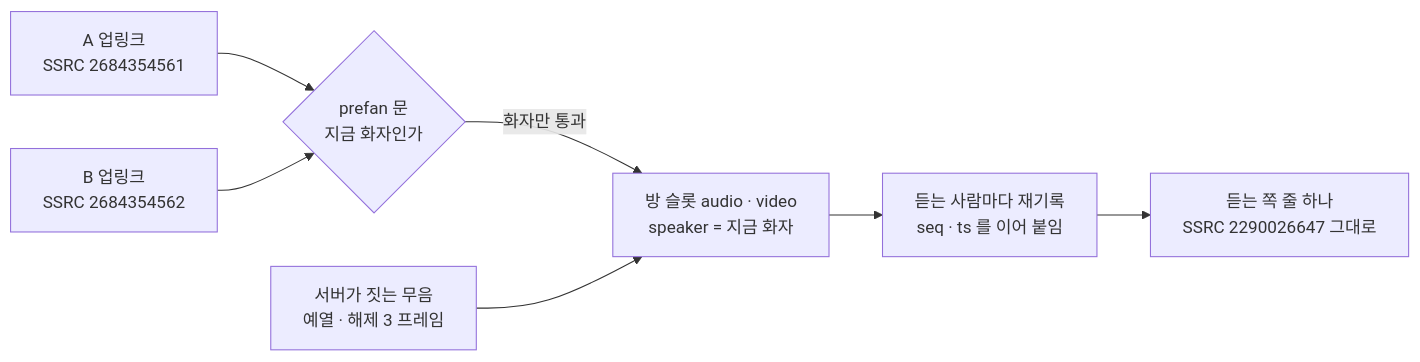
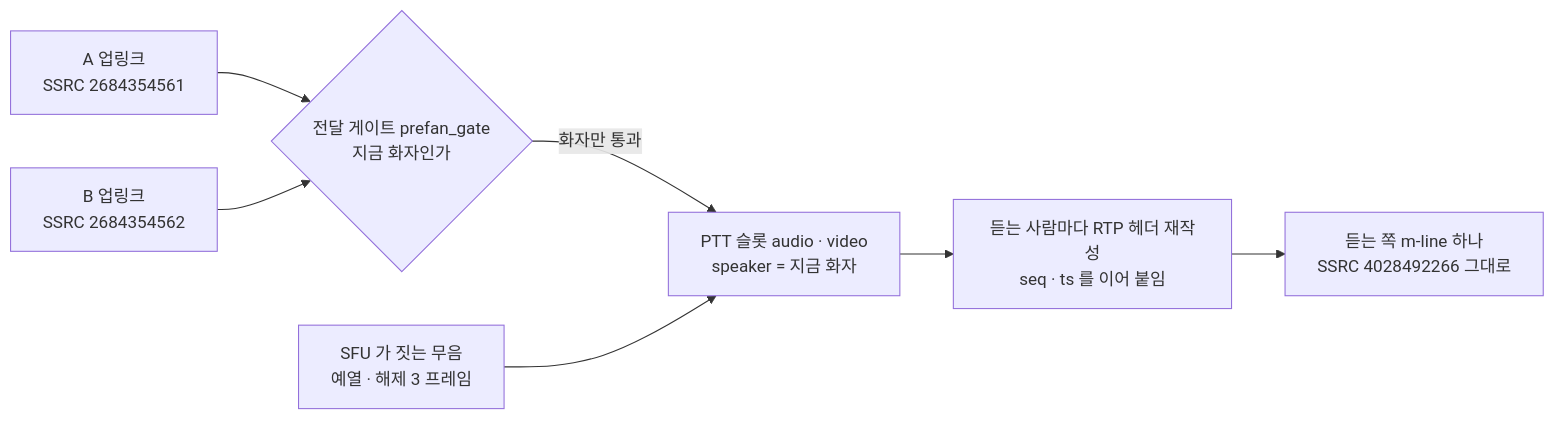
One commit to kodeholic9/oxlens-sfu changed the first of 4 diagrams in docs/learn/08_SLOT_SPEAKER.md. Above: the diagram before and after it, drawn with Mermaid. The commit also changed other lines of this file and 19 other files, not shown here.

````diff
--- a/docs/learn/08_SLOT_SPEAKER.md
+++ b/docs/learn/08_SLOT_SPEAKER.md
@@ -9,9 +9,9 @@
 ```mermaid
 flowchart LR
-  A["A 업링크<br/>SSRC 2684354561"] --> G{"prefan 문<br/>지금 화자인가"}
+  A["A 업링크<br/>SSRC 2684354561"] --> G{"전달 게이트 prefan_gate<br/>지금 화자인가"}
   B["B 업링크<br/>SSRC 2684354562"] --> G
-  G -- "화자만 통과" --> SLOT["방 슬롯 audio · video<br/>speaker = 지금 화자"]
-  SRV["서버가 짓는 무음<br/>예열 · 해제 3 프레임"] --> SLOT
-  SLOT --> RW["듣는 사람마다 재기록<br/>seq · ts 를 이어 붙임"]
-  RW --> L["듣는 쪽 줄 하나<br/>SSRC 2290026647 그대로"]
+  G -- "화자만 통과" --> SLOT["PTT 슬롯 audio · video<br/>speaker = 지금 화자"]
+  SRV["SFU 가 짓는 무음<br/>예열 · 해제 3 프레임"] --> SLOT
+  SLOT --> RW["듣는 사람마다 RTP 헤더 재작성<br/>seq · ts 를 이어 붙임"]
+  RW --> L["듣는 쪽 m-line 하나<br/>SSRC 4028492266 그대로"]
 ```
````
